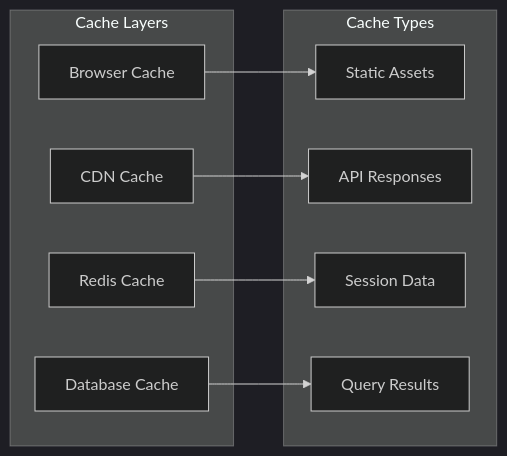
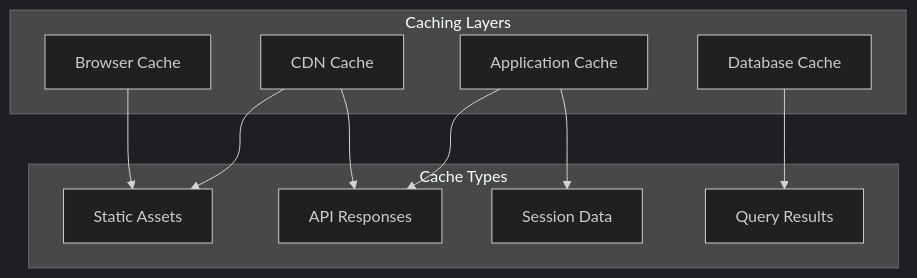
One commit to HenryVantieghem/Meridian-app changed the seventh of 18 diagrams in docs/ARCHITECTURE.md. Above: the diagram before and after it, drawn with Mermaid (dark theme). The commit also changed other lines of this file and 8 other files, not shown here.

````diff
--- a/docs/ARCHITECTURE.md
+++ b/docs/ARCHITECTURE.md
@@ -275,21 +259,23 @@
 ```mermaid
-graph LR
-    subgraph "Cache Layers"
+graph TD
+    subgraph "Caching Layers"
         Browser[Browser Cache]
         CDN[CDN Cache]
-        Redis[Redis Cache]
-        Database[Database Cache]
+        App[Application Cache]
+        DB[Database Cache]
     end
-
+    
     subgraph "Cache Types"
         Static[Static Assets]
         API[API Responses]
         Session[Session Data]
         Query[Query Results]
     end
-
+    
     Browser --> Static
+    CDN --> Static
     CDN --> API
-    Redis --> Session
-    Database --> Query
+    App --> Session
+    App --> API
+    DB --> Query
 ```
````
